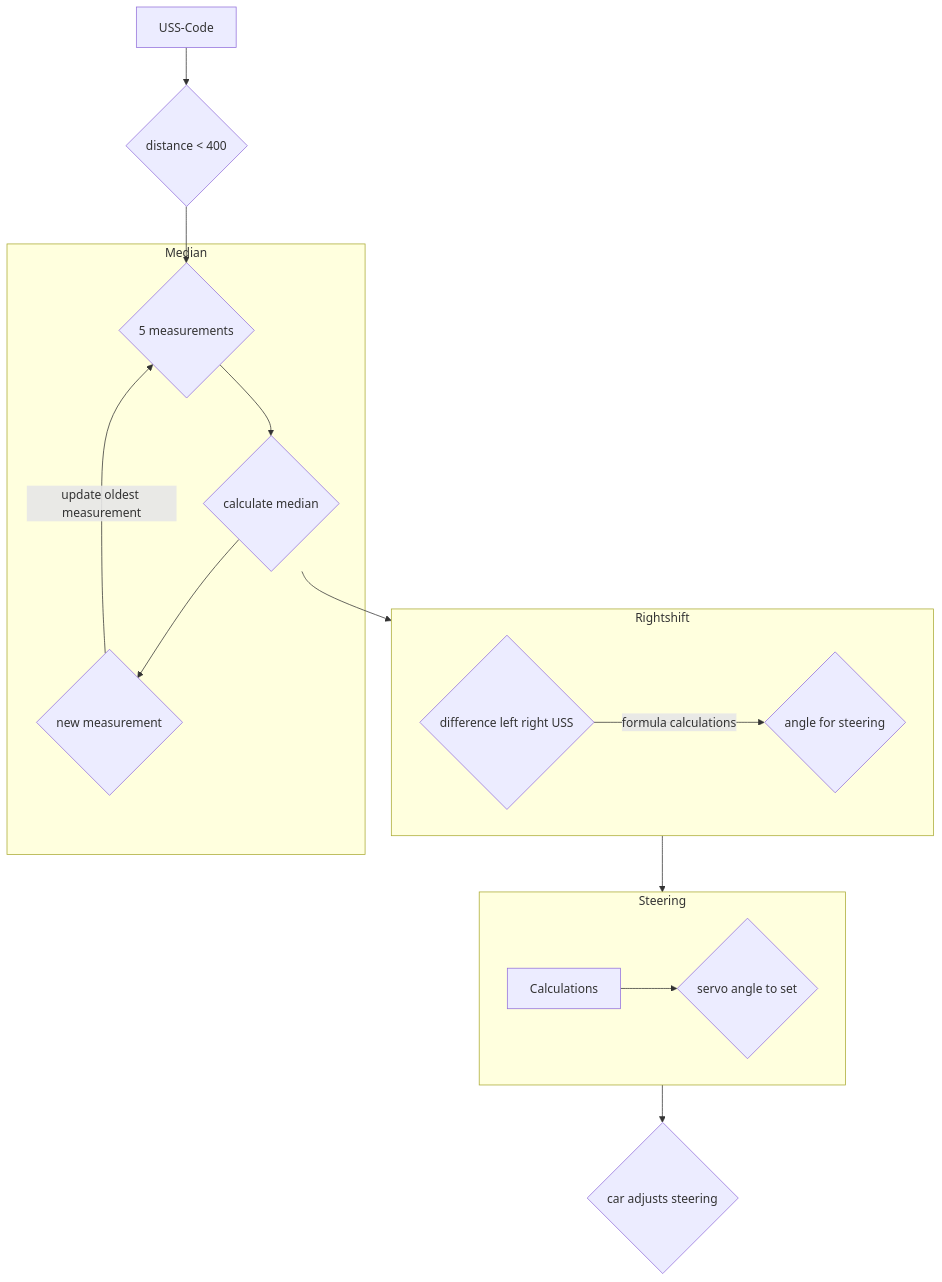
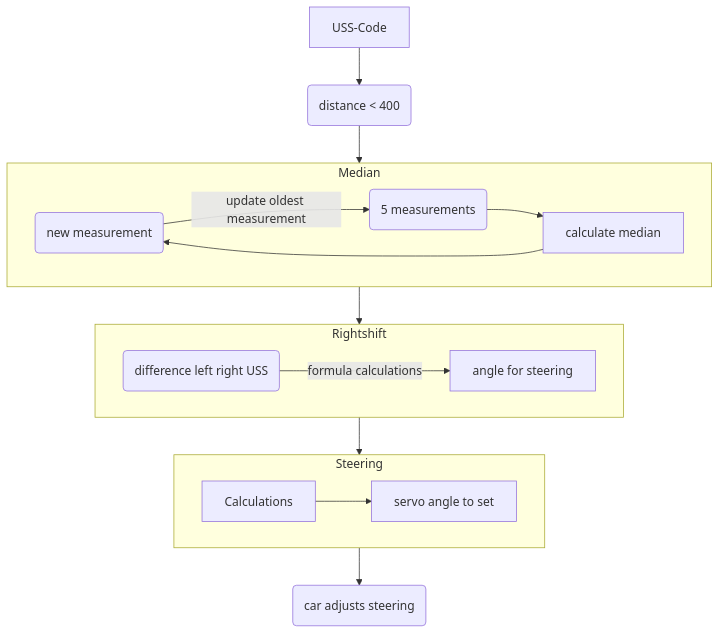
Before and after one commit to SchroedingersBit/PfortGTPanama: the first of 2 diagrams in programming/OpenChallenge/README.md, drawn with Mermaid. The commit also changed other lines of this file, not shown here.

````diff
--- a/programming/OpenChallenge/README.md
+++ b/programming/OpenChallenge/README.md
@@ -4,18 +4,18 @@
 ```mermaid
 flowchart TB;
-USS-Code --> D{distance < 400} --> M{5 measurements};
+USS-Code --> D(distance < 400) --> Median;
 subgraph Median
-M-->ME{calculate median} -->N{new measurement} -->|update oldest measurement| M;
+N(new measurement) -->|update oldest measurement| M(5 measurements)-->ME[calculate median] --> N;
 end
-ME --> Rightshift;
+Median --> Rightshift;
 
 subgraph Rightshift
-LR{difference left right USS} --> |formula calculations| W{angle for steering};
+LR(difference left right USS) --> |formula calculations| W[angle for steering];
 end
 Rightshift --> Steering;
 
 subgraph Steering
-Calculations --> S{servo angle to set}
+Calculations --> S[servo angle to set]
 end
-Steering --> Z{car adjusts steering}
+Steering --> Z(car adjusts steering)
 ```
````
